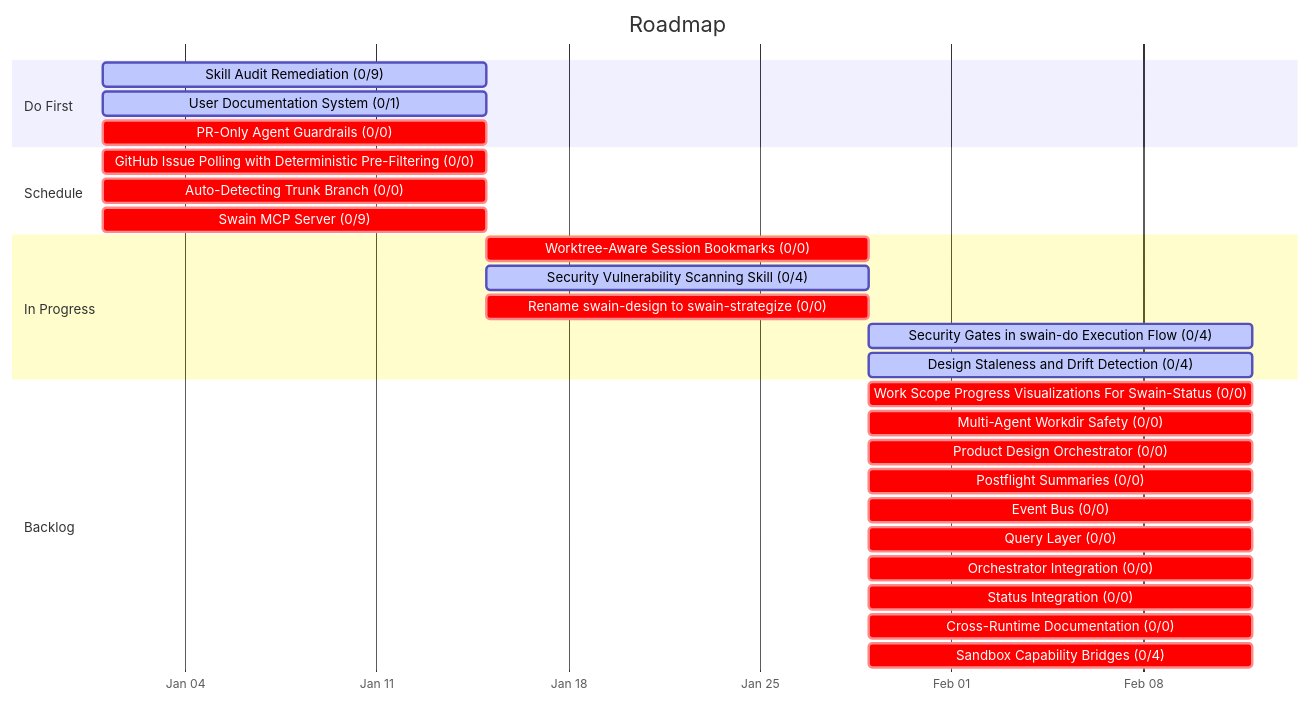
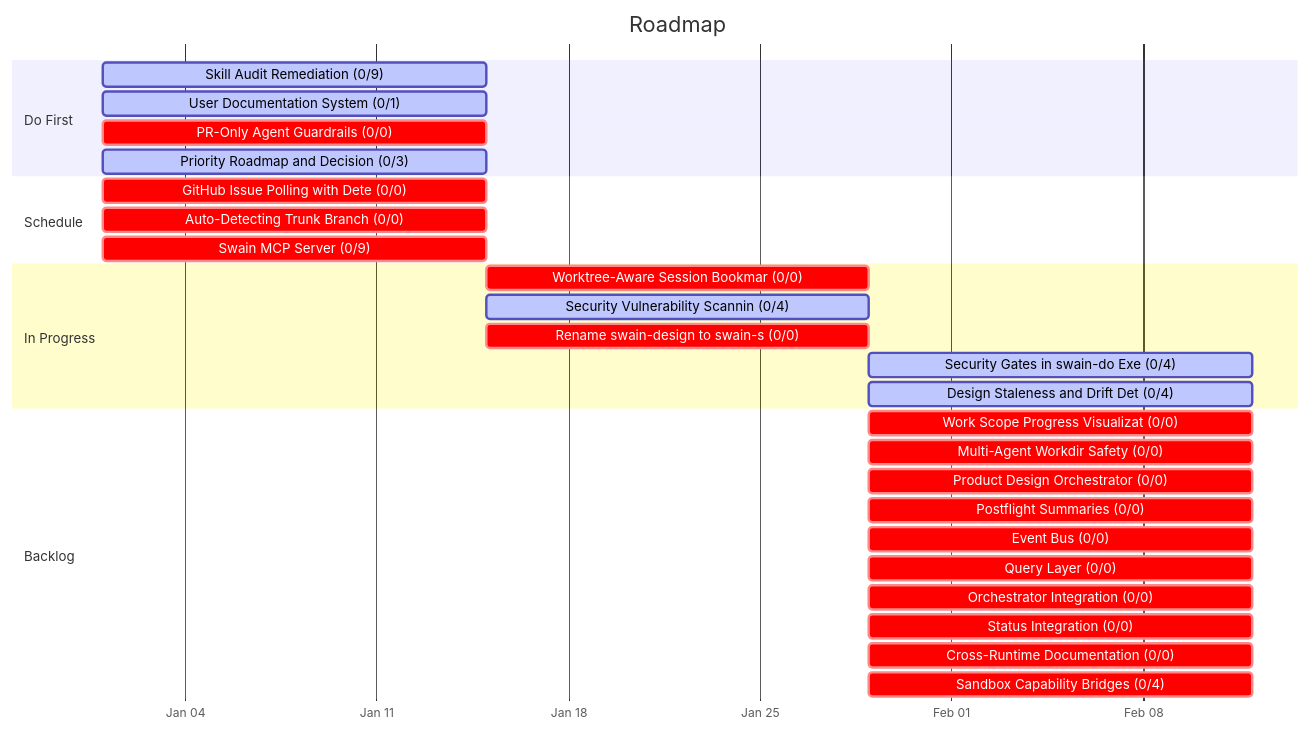
The second of 3 diagrams in ROADMAP.md (cristoslc/swain), drawn with Mermaid before and after one commit. The commit also changed other lines of this file and 3 other files, not shown here.

First line of the commit message:
feat(specgraph): improve roadmap legibility and integrate swain-status freshness check

````diff
--- a/ROADMAP.md
+++ b/ROADMAP.md
@@ -84,32 +86,33 @@
 ```mermaid
 gantt
     title Roadmap
     dateFormat YYYY-MM-DD
     axisFormat %b %d
     tickInterval 1week
     section Do First
     Skill Audit Remediation (0/9) :active, t0, 2026-01-01, 14d
     User Documentation System (0/1) :active, t1, 2026-01-01, 14d
     PR-Only Agent Guardrails (0/0) :crit, t2, 2026-01-01, 14d
+    Priority Roadmap and Decision  (0/3) :active, t3, 2026-01-01, 14d
     section Schedule
-    GitHub Issue Polling with Deterministic Pre-Filtering (0/0) :crit, t3, 2026-01-01, 14d
-    Auto-Detecting Trunk Branch (0/0) :crit, t4, 2026-01-01, 14d
-    Swain MCP Server (0/9) :crit, t5, 2026-01-01, 14d
+    GitHub Issue Polling with Dete (0/0) :crit, t4, 2026-01-01, 14d
+    Auto-Detecting Trunk Branch (0/0) :crit, t5, 2026-01-01, 14d
+    Swain MCP Server (0/9) :crit, t6, 2026-01-01, 14d
     section In Progress
-    Worktree-Aware Session Bookmarks (0/0) :crit, t6, 2026-01-15, 14d
-    Security Vulnerability Scanning Skill (0/4) :active, t7, 2026-01-15, 14d
-    Rename swain-design to swain-strategize (0/0) :crit, t8, 2026-01-15, 14d
-    Security Gates in swain-do Execution Flow (0/4) :active, t9, after t7, 14d
-    Design Staleness and Drift Detection (0/4) :active, t10, 2026-01-29, 14d
+    Worktree-Aware Session Bookmar (0/0) :crit, t7, 2026-01-15, 14d
+    Security Vulnerability Scannin (0/4) :active, t8, 2026-01-15, 14d
+    Rename swain-design to swain-s (0/0) :crit, t9, 2026-01-15, 14d
+    Security Gates in swain-do Exe (0/4) :active, t10, after t8, 14d
+    Design Staleness and Drift Det (0/4) :active, t11, 2026-01-29, 14d
     section Backlog
-    Work Scope Progress Visualizations For Swain-Status (0/0) :crit, t11, 2026-01-29, 14d
-    Multi-Agent Workdir Safety (0/0) :crit, t12, 2026-01-29, 14d
-    Product Design Orchestrator (0/0) :crit, t13, after t8, 14d
-    Postflight Summaries (0/0) :crit, t14, 2026-01-29, 14d
-    Event Bus (0/0) :crit, t15, 2026-01-29, 14d
-    Query Layer (0/0) :crit, t16, 2026-01-29, 14d
-    Orchestrator Integration (0/0) :crit, t17, 2026-01-29, 14d
-    Status Integration (0/0) :crit, t18, 2026-01-29, 14d
-    Cross-Runtime Documentation (0/0) :crit, t19, 2026-01-29, 14d
-    Sandbox Capability Bridges (0/4) :crit, t20, after t6, 14d
+    Work Scope Progress Visualizat (0/0) :crit, t12, 2026-01-29, 14d
+    Multi-Agent Workdir Safety (0/0) :crit, t13, 2026-01-29, 14d
+    Product Design Orchestrator (0/0) :crit, t14, after t9, 14d
+    Postflight Summaries (0/0) :crit, t15, 2026-01-29, 14d
+    Event Bus (0/0) :crit, t16, 2026-01-29, 14d
+    Query Layer (0/0) :crit, t17, 2026-01-29, 14d
+    Orchestrator Integration (0/0) :crit, t18, 2026-01-29, 14d
+    Status Integration (0/0) :crit, t19, 2026-01-29, 14d
+    Cross-Runtime Documentation (0/0) :crit, t20, 2026-01-29, 14d
+    Sandbox Capability Bridges (0/4) :crit, t21, after t7, 14d
 ```
````
